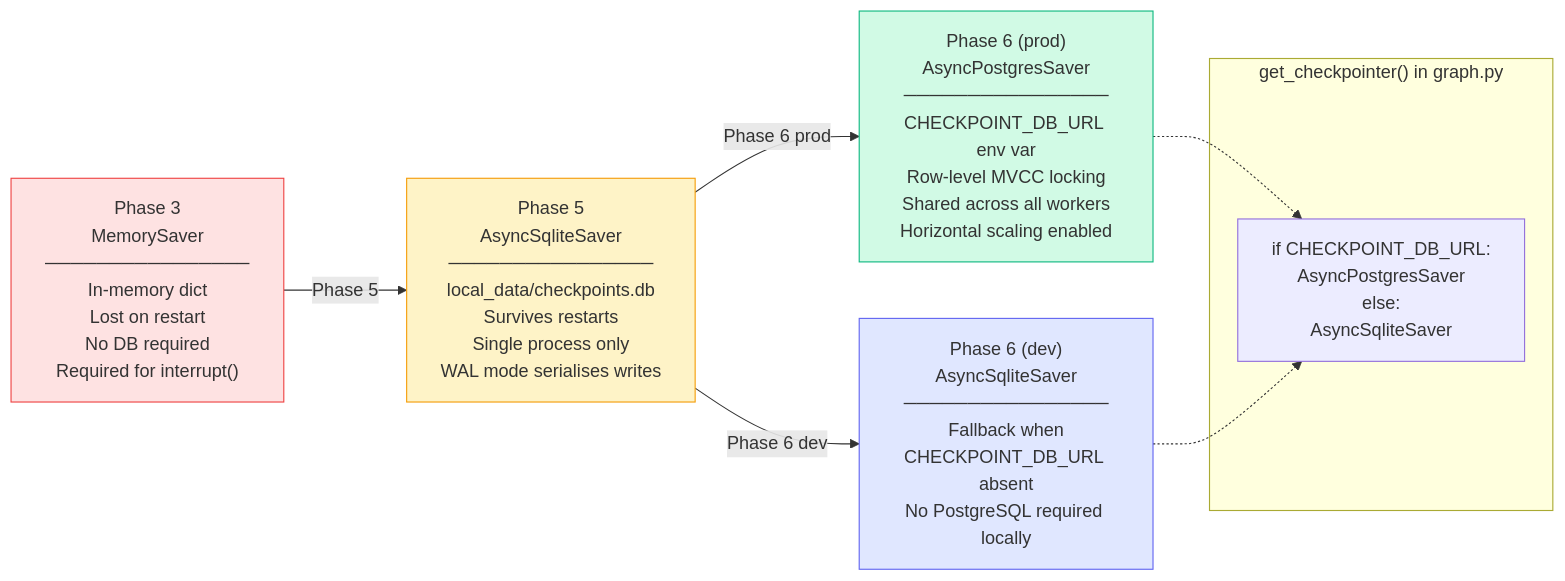
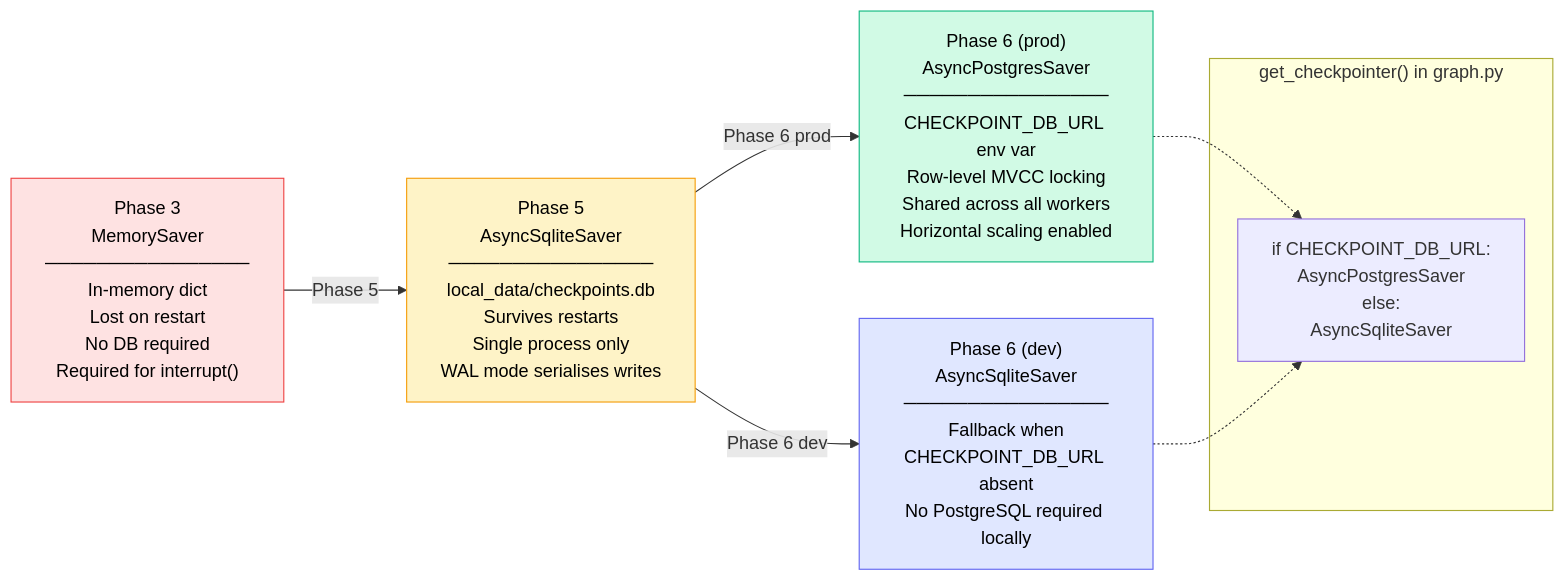
One commit to suryapatnaik1/llm-bi-chat-langgraph changed diagram 13 of 15 in docs/diagrams/diagrams.md. Above: the diagram before and after it, drawn with Mermaid. The commit also changed other lines of this file, not shown here.

Commit message:
color changed for diagrams

````diff
--- a/docs/diagrams/diagrams.md
+++ b/docs/diagrams/diagrams.md
@@ -550,26 +553,26 @@
 ```mermaid
 flowchart LR
     P3["Phase 3<br/>MemorySaver<br/>────────────────<br/>In-memory dict<br/>Lost on restart<br/>No DB required<br/>Required for interrupt()"]
 
     P5["Phase 5<br/>AsyncSqliteSaver<br/>────────────────<br/>local_data/checkpoints.db<br/>Survives restarts<br/>Single process only<br/>WAL mode serialises writes"]
 
     P6P["Phase 6 (prod)<br/>AsyncPostgresSaver<br/>────────────────<br/>CHECKPOINT_DB_URL env var<br/>Row-level MVCC locking<br/>Shared across all workers<br/>Horizontal scaling enabled"]
 
     P6D["Phase 6 (dev)<br/>AsyncSqliteSaver<br/>────────────────<br/>Fallback when<br/>CHECKPOINT_DB_URL absent<br/>No PostgreSQL required locally"]
 
     P3 -->|"Phase 5"| P5
     P5 -->|"Phase 6 prod"| P6P
     P5 -->|"Phase 6 dev"| P6D
 
     subgraph Code["get_checkpointer() in graph.py"]
         GC["if CHECKPOINT_DB_URL:<br/>    AsyncPostgresSaver<br/>else:<br/>    AsyncSqliteSaver"]
     end
 
     P6P -.-> GC
     P6D -.-> GC
 
-    style P3 fill:#fee2e2,stroke:#ef4444
-    style P5 fill:#fef3c7,stroke:#f59e0b
-    style P6P fill:#d1fae5,stroke:#10b981
-    style P6D fill:#e0e7ff,stroke:#6366f1
+    style P3 fill:#fee2e2,stroke:#ef4444,color:#000000
+    style P5 fill:#fef3c7,stroke:#f59e0b,color:#000000
+    style P6P fill:#d1fae5,stroke:#10b981,color:#000000
+    style P6D fill:#e0e7ff,stroke:#6366f1,color:#000000
 ```
````
